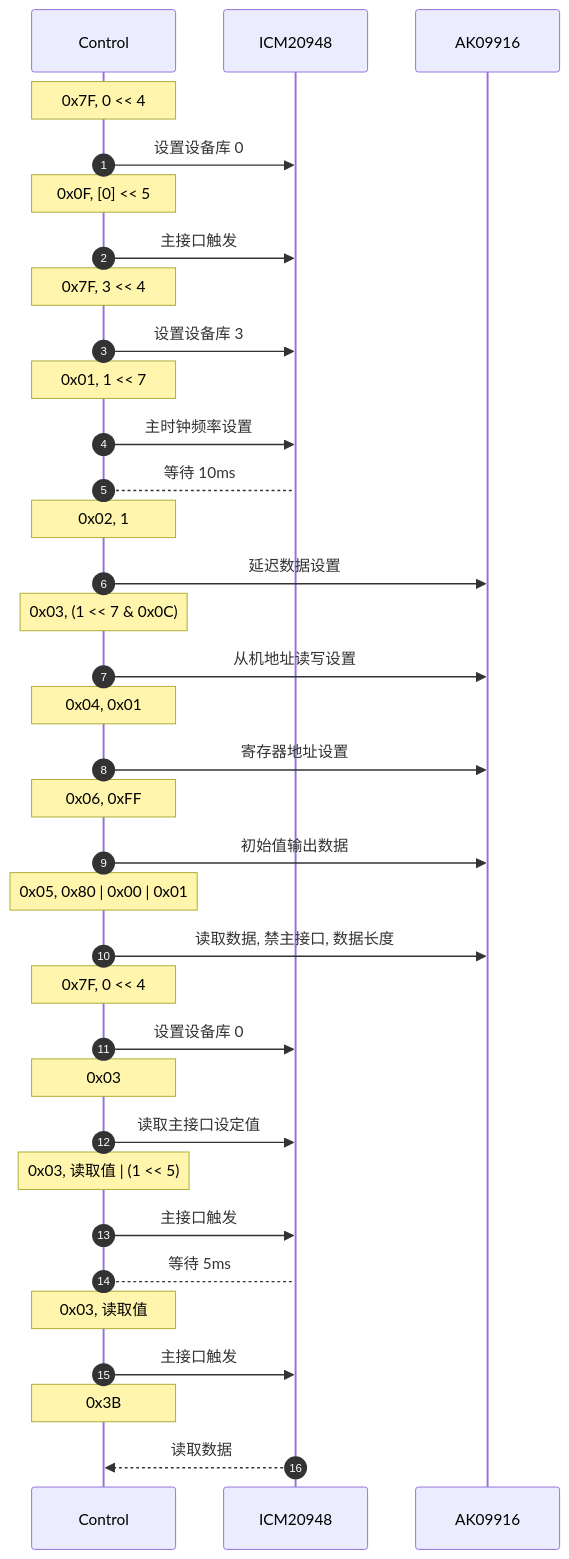
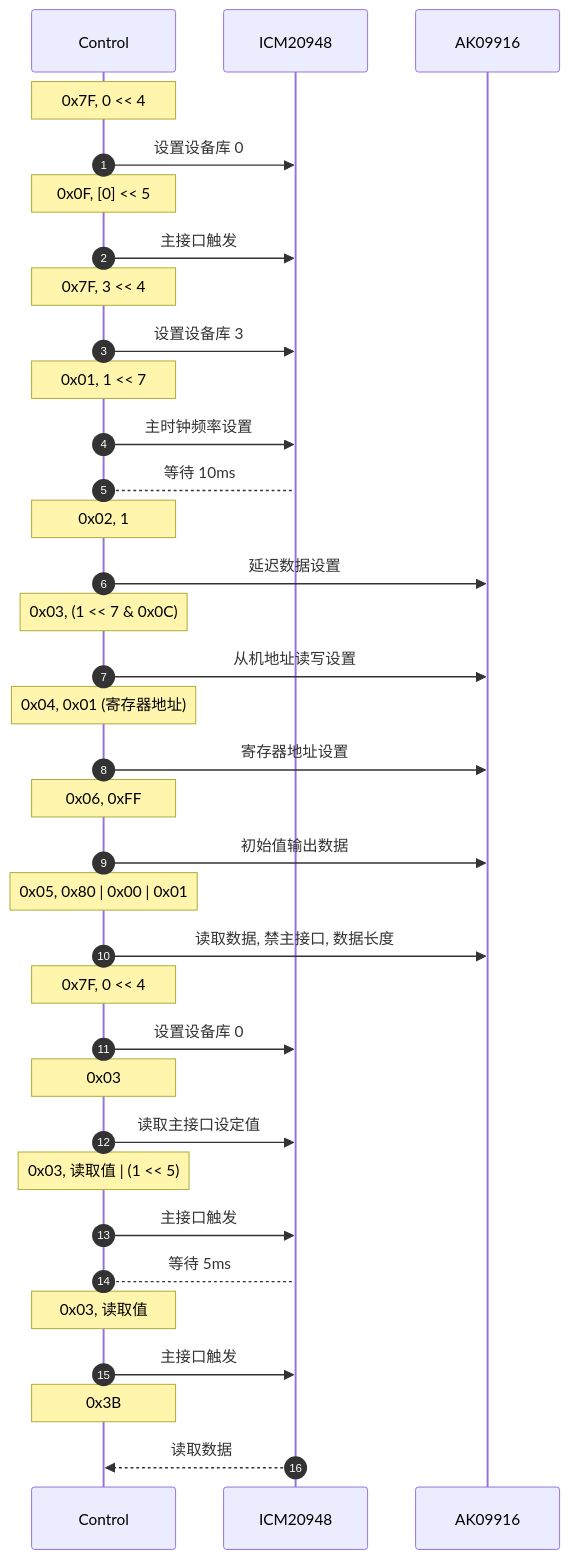
One commit to hkdickyko/hkdickyko.github.io changed the fourth of 5 diagrams in _posts/2025-04-06-mdchart.md. Above: the diagram before and after it, drawn with Mermaid. The commit also changed other lines of this file, not shown here.

```diff
--- a/_posts/2025-04-06-mdchart.md
+++ b/_posts/2025-04-06-mdchart.md
@@ -187,37 +187,37 @@
 <div class="mermaid">
 sequenceDiagram;
    autonumber;
    participant C as Control;
    participant I as ICM20948;
    participant A as AK09916;
    note over C: 0x7F, 0 << 4;
    C->>I: 设置设备库 0;
    note over C: 0x0F, [0] << 5;
    C->>I: 主接口触发;
    note over C: 0x7F, 3 << 4;
    C->>I: 设置设备库 3;
    note over C: 0x01, 1 << 7;
    C->>I: 主时钟频率设置;
    C-->I: 等待 10ms;
    note over C: 0x02, 1;
    C->>A: 延迟数据设置;
    note over C: 0x03, (1 << 7 & 0x0C);
    C->>A: 从机地址读写设置;
-   note over C: 0x04, 0x01;
+   note over C: 0x04, 0x01 (寄存器地址); 
    C->>A: 寄存器地址设置;
    note over C: 0x06, 0xFF;
    C->>A: 初始值输出数据;
    note over C: 0x05, 0x80 | 0x00 | 0x01;
    C->>A: 读取数据, 禁主接口, 数据长度;
    note over C: 0x7F, 0 << 4;
    C->>I: 设置设备库 0;
    note over C: 0x03;
    C->>I: 读取主接口设定值;
    note over C: 0x03, 读取值 | (1 << 5);
    C->>I: 主接口触发;
    C-->I: 等待 5ms;
    note over C: 0x03, 读取值;
    C->>I: 主接口触发;
    note over C: 0x3B;
    I-->>C: 读取数据;
 </div>   
```
